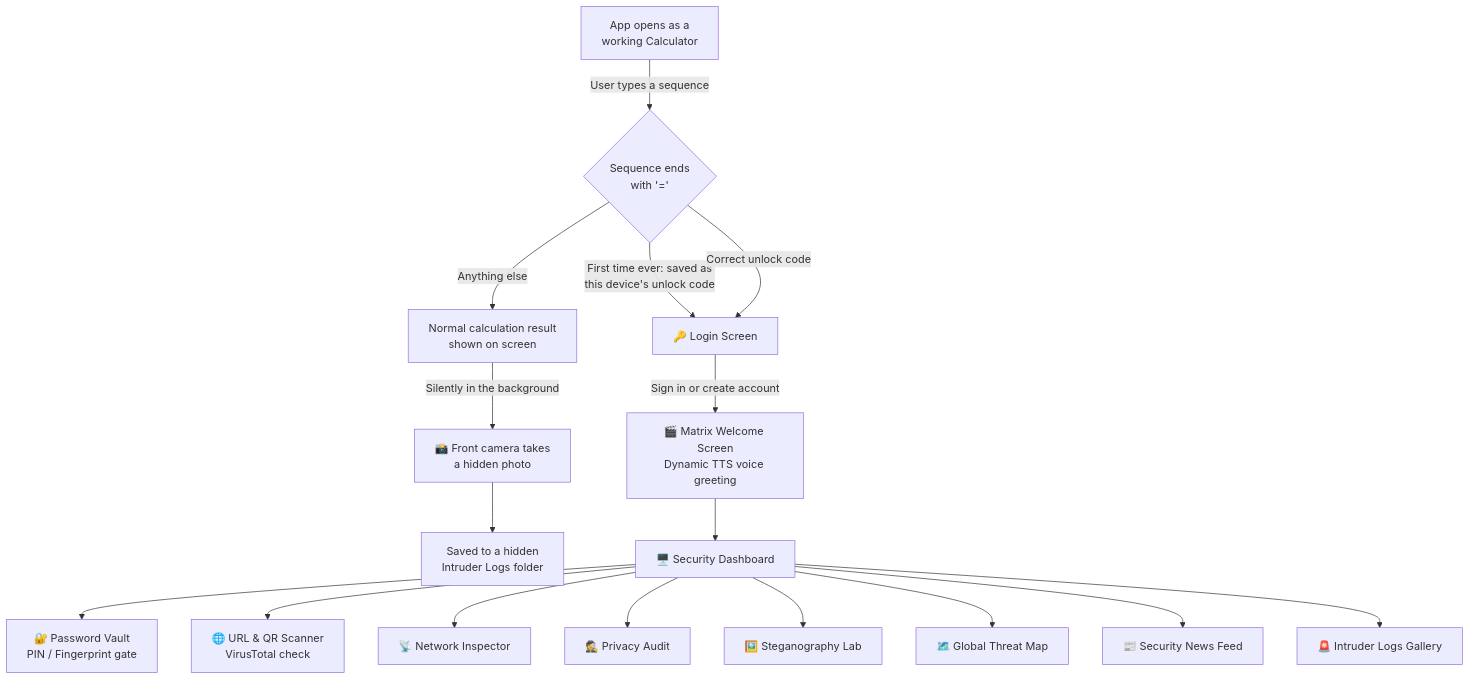
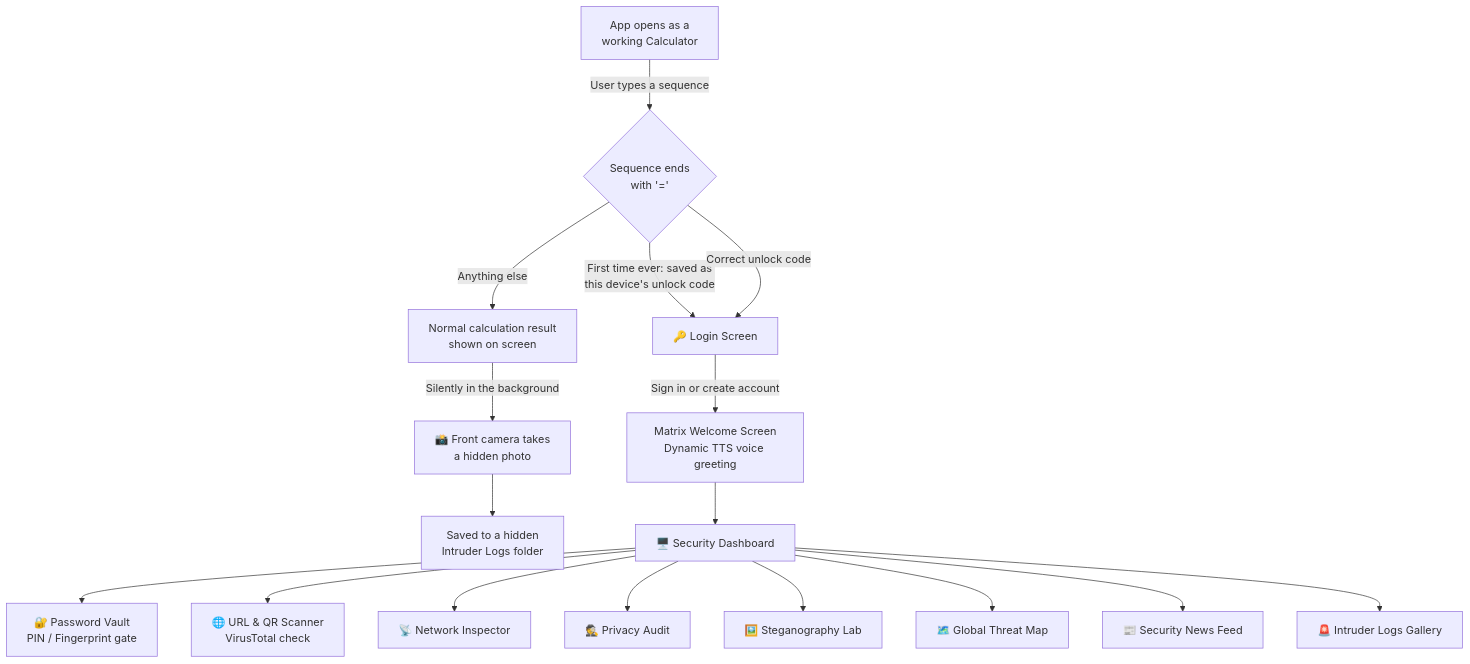
Before and after one commit to LahcenChehabi/CipherMatrix: the first of 2 diagrams in README.md, drawn with Mermaid. The commit also changed other lines of this file, not shown here.

````diff
--- a/README.md
+++ b/README.md
@@ -75,19 +75,19 @@
 ```mermaid
 flowchart TD
     A[App opens as a<br/>working Calculator] -->|User types a sequence| B{Sequence ends<br/>with '='}
     B -->|First time ever: saved as<br/>this device's unlock code| C[🔑 Login Screen]
     B -->|Correct unlock code| C
     B -->|Anything else| D[Normal calculation result<br/>shown on screen]
     D -->|Silently in the background| E[📸 Front camera takes<br/>a hidden photo]
     E --> F[Saved to a hidden<br/>Intruder Logs folder]
-    C -->|Sign in or create account| G[🎬 Matrix Welcome Screen<br/>Dynamic TTS voice greeting]
+    C -->|Sign in or create account| G[ Matrix Welcome Screen<br/>Dynamic TTS voice greeting]
     G --> H[🖥️ Security Dashboard]
     H --> I[🔐 Password Vault<br/>PIN / Fingerprint gate]
     H --> J[🌐 URL & QR Scanner<br/>VirusTotal check]
     H --> K[📡 Network Inspector]
     H --> L[🕵️ Privacy Audit]
     H --> M[🖼️ Steganography Lab]
     H --> N[🗺️ Global Threat Map]
     H --> O[📰 Security News Feed]
     H --> P[🚨 Intruder Logs Gallery]
 ```
````
